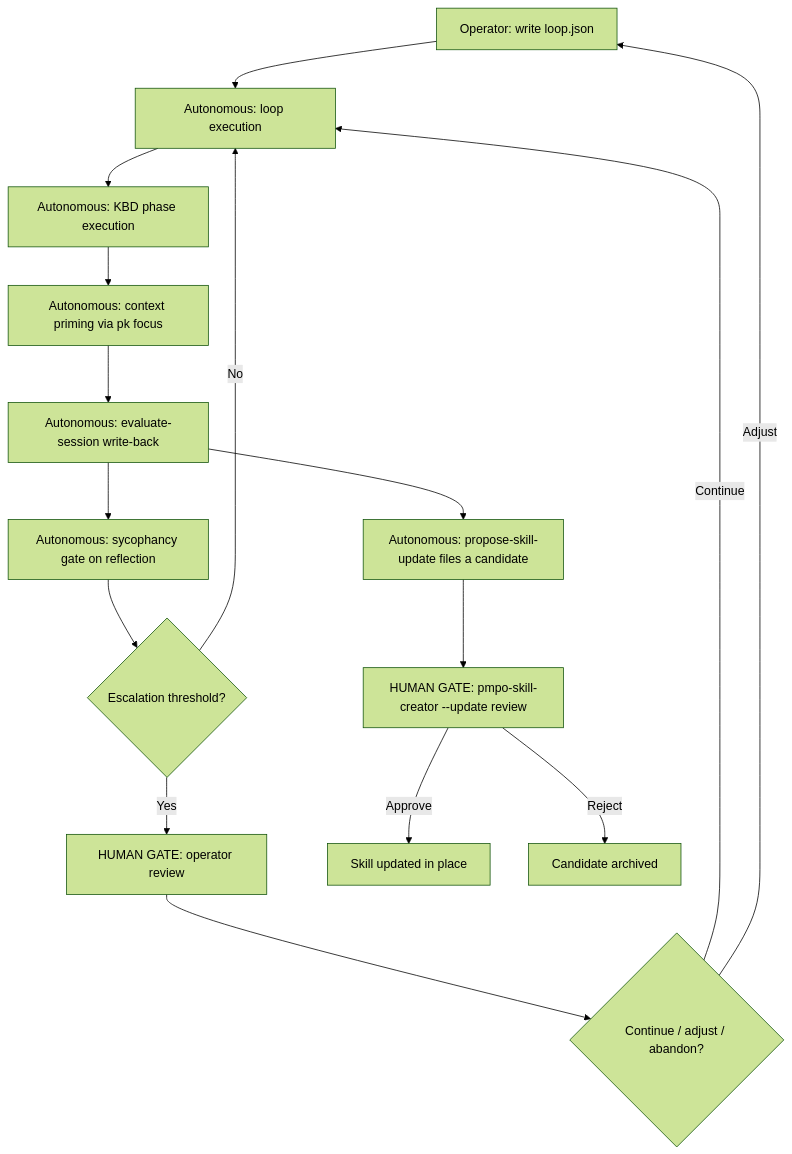
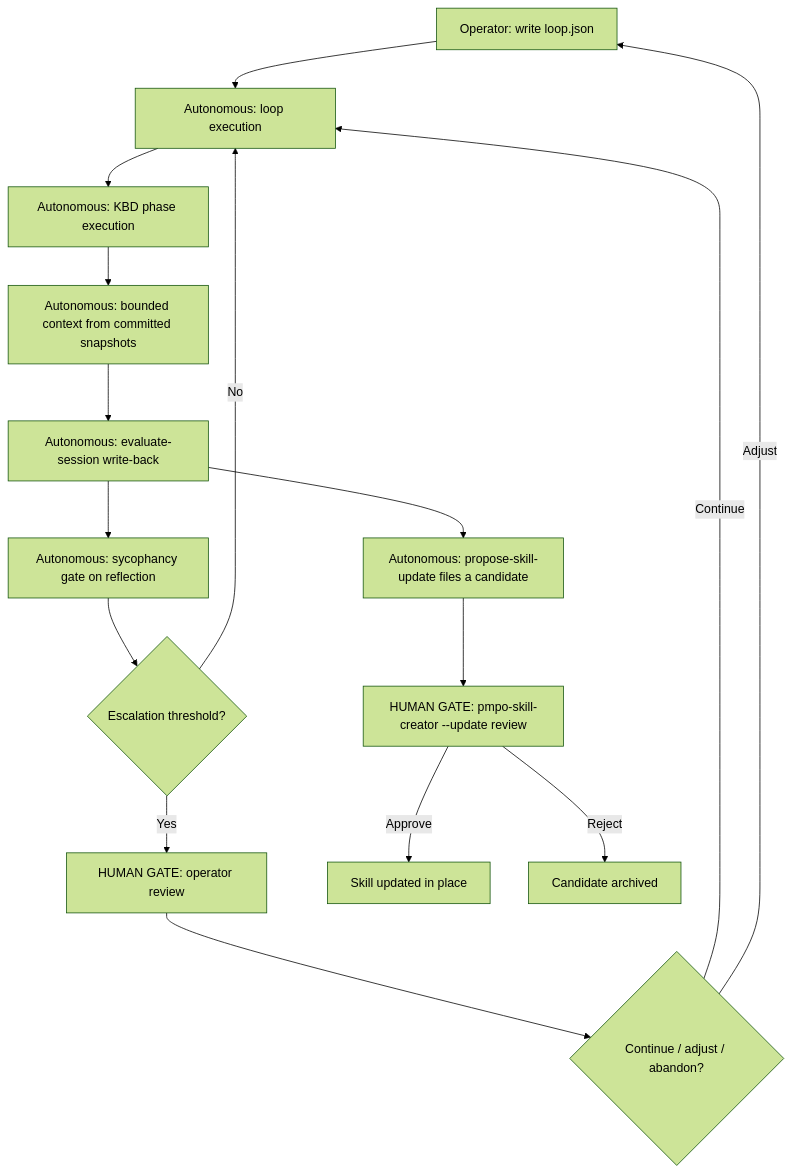
The third of 3 diagrams in docs/guide/03-loop-architecture.md (Prometheus-AGS/prometheus-skill-system), drawn with Mermaid (forest theme) before and after one commit. The commit also changed other lines of this file and 100 other files, not shown here.

````diff
--- a/docs/guide/03-loop-architecture.md
+++ b/docs/guide/03-loop-architecture.md
@@ -168,18 +168,18 @@
 ```mermaid
 graph TD
     A[Operator: write loop.json] --> B[Autonomous: loop execution]
     B --> C[Autonomous: KBD phase execution]
-    C --> D[Autonomous: context priming via pk focus]
+    C --> D[Autonomous: bounded context from committed snapshots]
     D --> E[Autonomous: evaluate-session write-back]
     E --> F[Autonomous: sycophancy gate on reflection]
     F --> G{Escalation threshold?}
     G -->|No| B
     G -->|Yes| H[HUMAN GATE: operator review]
     H --> I{Continue / adjust / abandon?}
     I -->|Continue| B
     I -->|Adjust| A
     E --> J[Autonomous: propose-skill-update files a candidate]
     J --> K[HUMAN GATE: pmpo-skill-creator --update review]
     K -->|Approve| L[Skill updated in place]
     K -->|Reject| M[Candidate archived]
 ```
````
